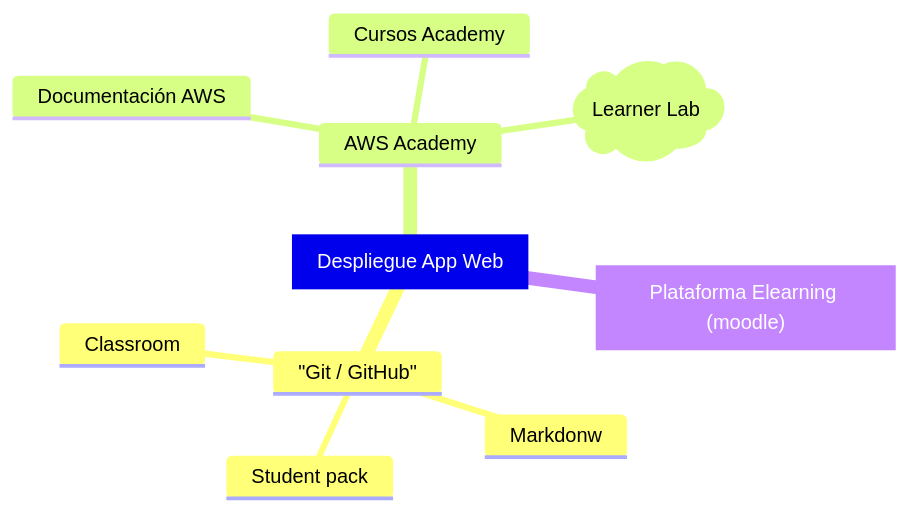
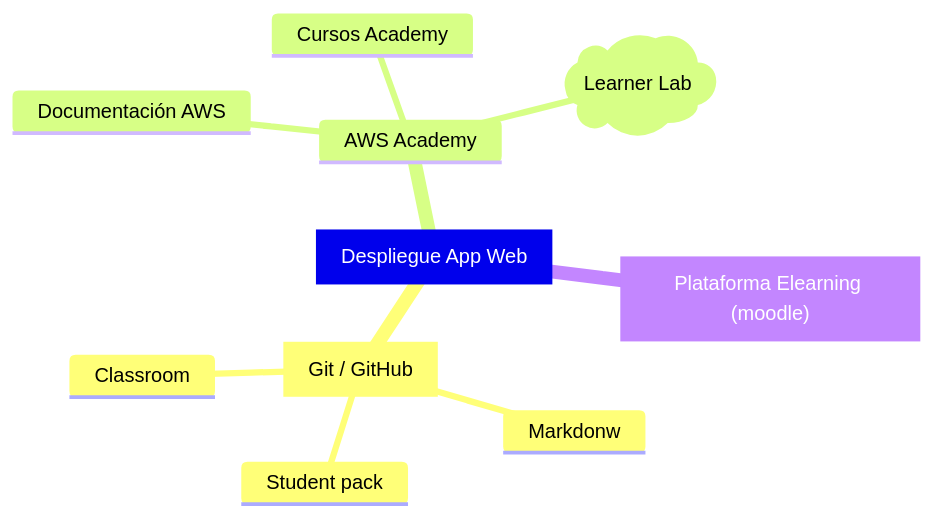
Before and after one commit to lmorillas/como-uso-learner-labs: the first of 2 diagrams in content/home/mapas.md, drawn with Mermaid.

````diff
--- a/content/home/mapas.md
+++ b/content/home/mapas.md
@@ -14,23 +14,23 @@
 ```mermaid
 mindmap
   root[Despliegue App Web]
-    "Git / GitHub"
+    git[Git / GitHub]
     ::icon(fab fa-git)
       Markdonw
       ::icon(fa-brands fa-markdown)
       Student pack
       ::icon(fa fa-book)
       Classroom
       ::icon(fab fa-github)
         
     AWS Academy
     ::icon(fab fa-aws)
       Documentación AWS
       Cursos Academy
       Learner Lab)Learner Lab(
       ::icon(fa fa-circle-right)
       
     id3["Plataforma Elearning (moodle)"]
     ::icon(fa fa-graduation-cap)
 
 ```
````
